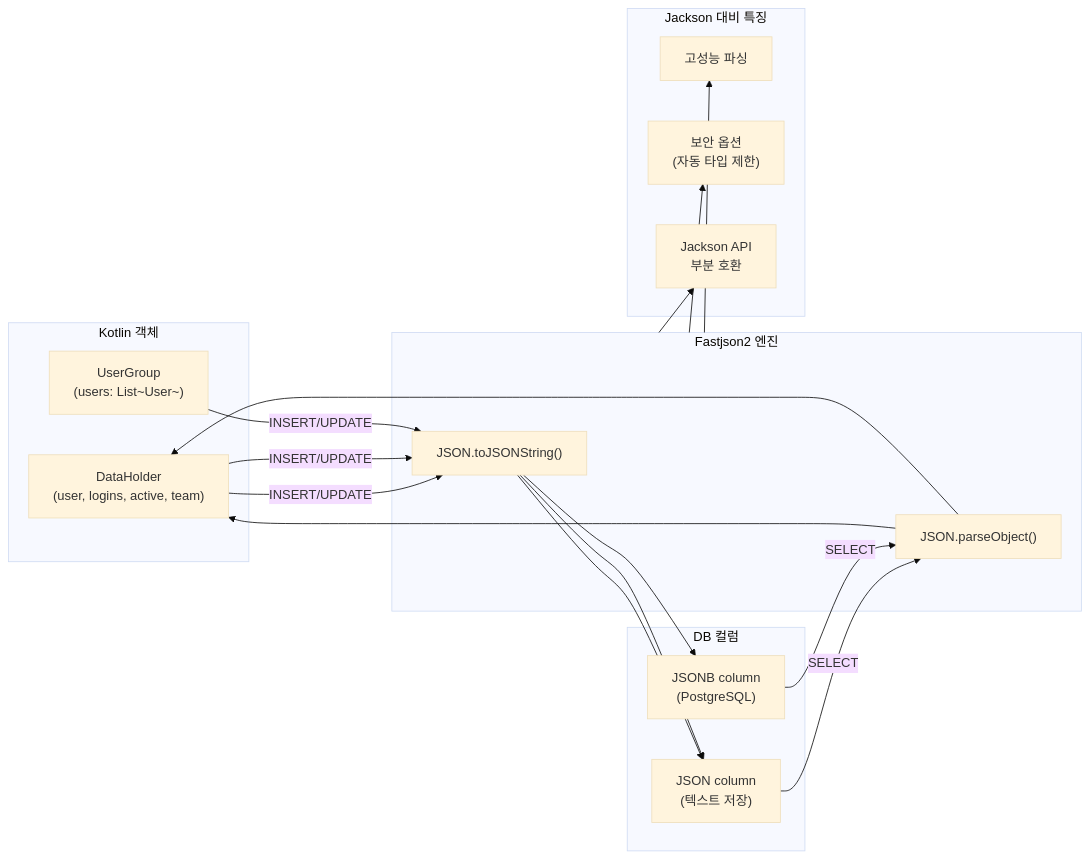
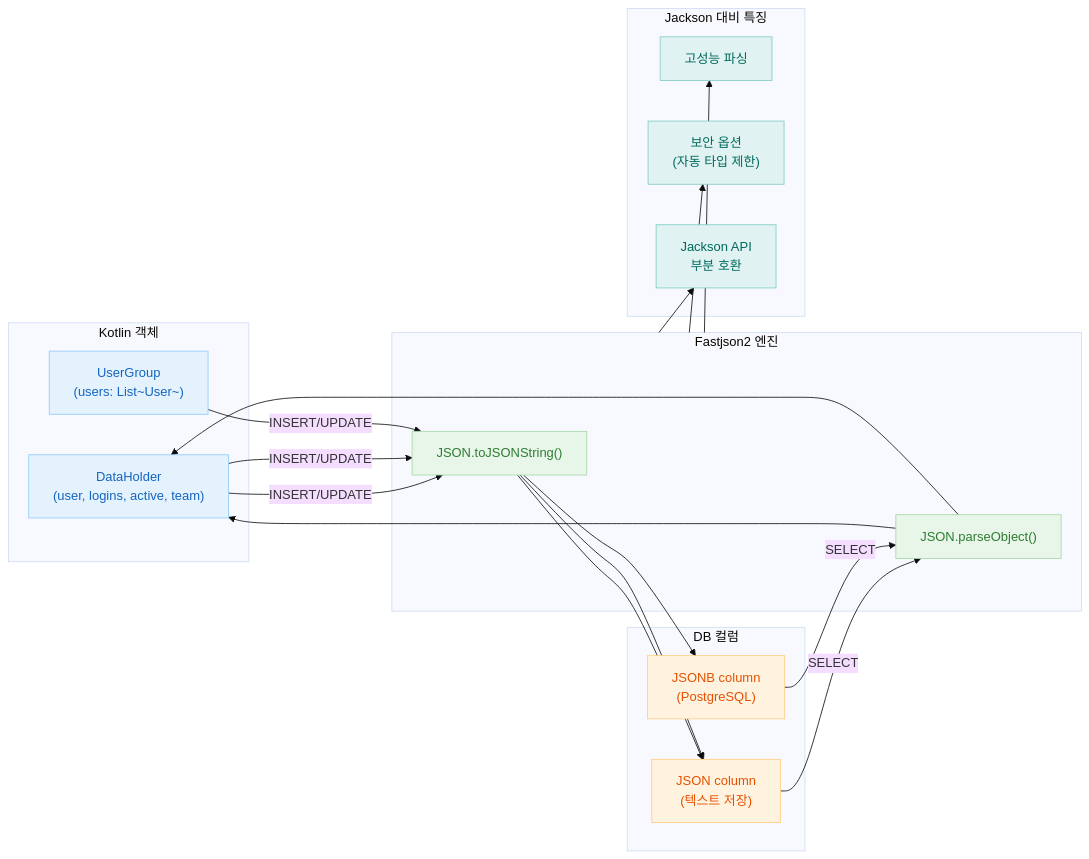
One commit to bluetape4k/exposed-workshop changed the diagram in 06-advanced/09-exposed-fastjson2/README.md. Above: the diagram before and after it, drawn with Mermaid (base theme). The commit also changed 56 other files, not shown here.

First line of the commit message:
docs: 전체 README mermaid 다이어그램에 파스텔 톤 색상 적용

````diff
--- a/06-advanced/09-exposed-fastjson2/README.md
+++ b/06-advanced/09-exposed-fastjson2/README.md
@@ -17,31 +17,41 @@
 ```mermaid
 flowchart LR
     subgraph KotlinObj["Kotlin 객체"]
         DH["DataHolder\n(user, logins, active, team)"]
         UG["UserGroup\n(users: List~User~)"]
     end
 
     subgraph Fastjson2["Fastjson2 엔진"]
         SER["JSON.toJSONString()"]
         DESER["JSON.parseObject()"]
     end
 
     subgraph DBCol["DB 컬럼"]
         JCOL["JSON column\n(텍스트 저장)"]
         JBCOL["JSONB column\n(PostgreSQL)"]
     end
 
     DH -->|INSERT/UPDATE| SER --> JCOL
     DH -->|INSERT/UPDATE| SER --> JBCOL
     JCOL -->|SELECT| DESER --> DH
     JBCOL -->|SELECT| DESER --> DH
     UG -->|INSERT/UPDATE| SER --> JCOL
 
     subgraph Comparison["Jackson 대비 특징"]
         PERF["고성능 파싱"]
         SEC["보안 옵션\n(자동 타입 제한)"]
         COMPAT["Jackson API\n부분 호환"]
     end
 
     Fastjson2 --> PERF & SEC & COMPAT
+
+    classDef blue fill:#E3F2FD,stroke:#90CAF9,color:#1565C0
+    classDef green fill:#E8F5E9,stroke:#A5D6A7,color:#2E7D32
+    classDef orange fill:#FFF3E0,stroke:#FFCC80,color:#E65100
+    classDef teal fill:#E0F2F1,stroke:#80CBC4,color:#00695C
+
+    class DH,UG blue
+    class SER,DESER green
+    class JCOL,JBCOL orange
+    class PERF,SEC,COMPAT teal
 ```
````
